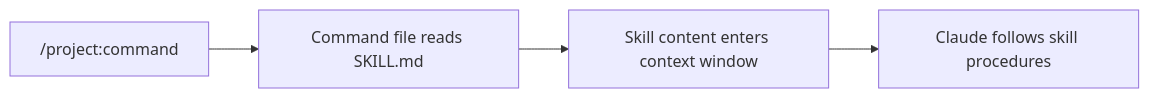
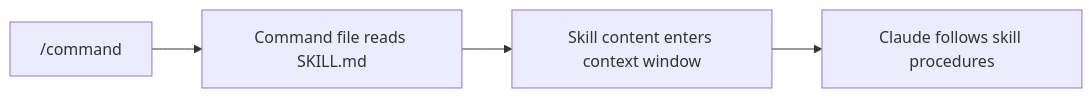
The diagram in docs-site/docs/04-skills-and-subagents/4.1-what-are-skills.md (doyeongk/Learn-Agentic-Engineering-In-Claude), drawn with Mermaid before and after one commit. The commit also changed other lines of this file and 39 other files, not shown here.

````diff
--- a/docs-site/docs/04-skills-and-subagents/4.1-what-are-skills.md
+++ b/docs-site/docs/04-skills-and-subagents/4.1-what-are-skills.md
@@ -76,6 +76,6 @@
 ```mermaid
 graph LR
-    A["/project:command"] --> B["Command file reads SKILL.md"]
+    A["/command"] --> B["Command file reads SKILL.md"]
     B --> C["Skill content enters context window"]
     C --> D["Claude follows skill procedures"]
 ```
````
